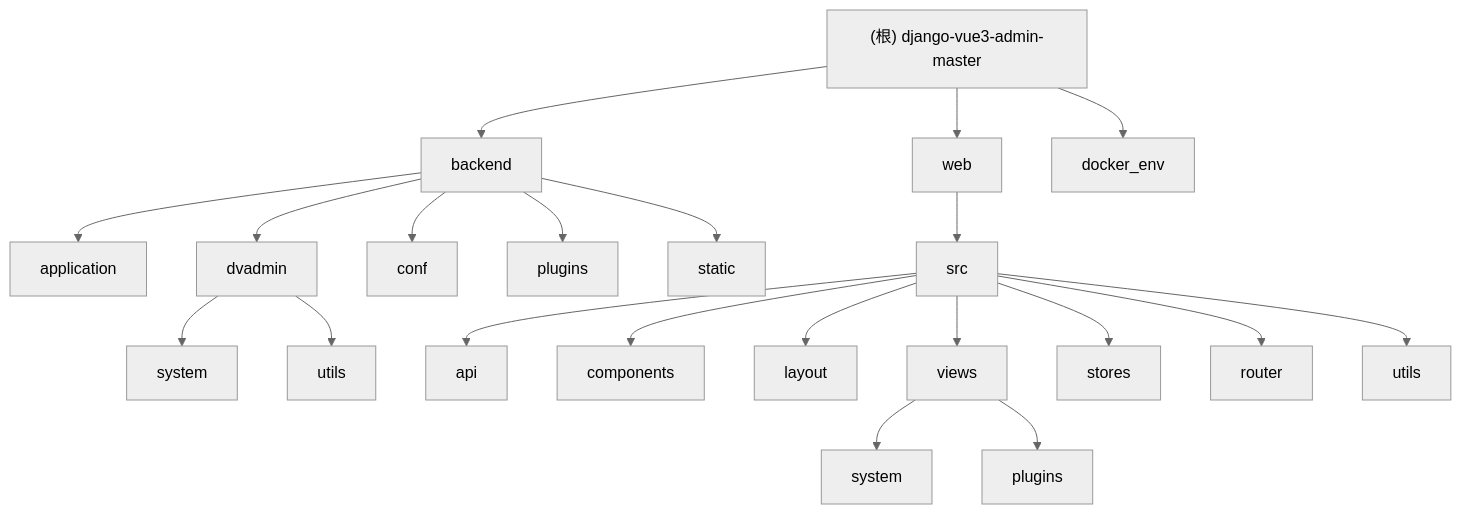
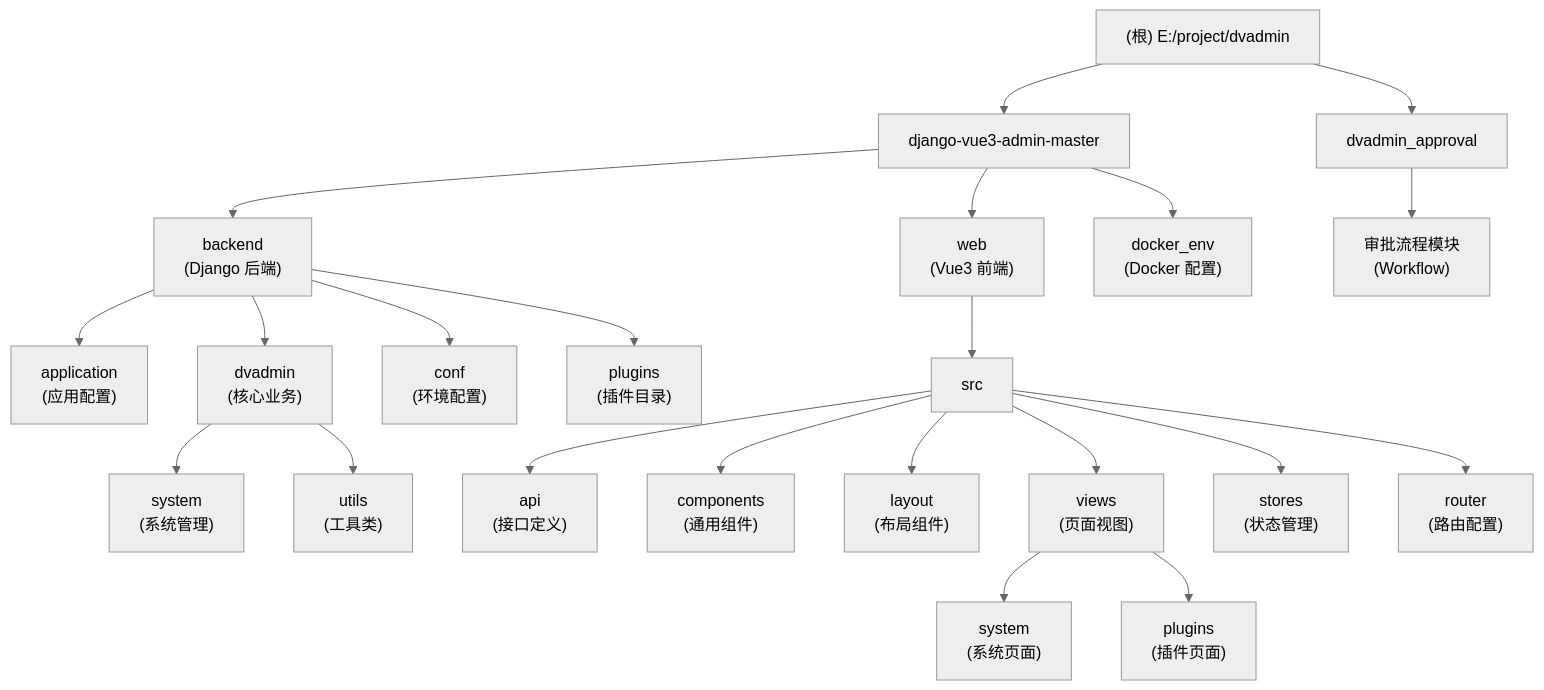
The diagram in django-vue3-admin-master/CLAUDE.md (jack571754/dvadmin), drawn with Mermaid (neutral theme) before and after one commit. The commit also changed other lines of this file and 19 other files, not shown here.

````diff
--- a/django-vue3-admin-master/CLAUDE.md
+++ b/django-vue3-admin-master/CLAUDE.md
@@ -58,32 +100,37 @@
 ```mermaid
 graph TD
-    A["(根) django-vue3-admin-master"] --> B["backend"];
-    A --> C["web"];
-    A --> D["docker_env"];
+    A["(根) E:/project/dvadmin"] --> B["django-vue3-admin-master"];
+    A --> C["dvadmin_approval"];
 
-    B --> E["application"];
-    B --> F["dvadmin"];
-    B --> G["conf"];
-    B --> H["plugins"];
-    B --> I["static"];
+    B --> D["backend<br/>(Django 后端)"];
+    B --> E["web<br/>(Vue3 前端)"];
+    B --> F["docker_env<br/>(Docker 配置)"];
 
-    F --> J["system"];
-    F --> K["utils"];
+    D --> G["application<br/>(应用配置)"];
+    D --> H["dvadmin<br/>(核心业务)"];
+    D --> I["conf<br/>(环境配置)"];
+    D --> J["plugins<br/>(插件目录)"];
 
-    C --> L["src"];
-    L --> M["api"];
-    L --> N["components"];
-    L --> O["layout"];
-    L --> P["views"];
-    L --> Q["stores"];
-    L --> R["router"];
-    L --> S["utils"];
+    H --> K["system<br/>(系统管理)"];
+    H --> L["utils<br/>(工具类)"];
 
-    P --> T["system"];
-    P --> U["plugins"];
+    E --> M["src"];
+    M --> N["api<br/>(接口定义)"];
+    M --> O["components<br/>(通用组件)"];
+    M --> P["layout<br/>(布局组件)"];
+    M --> Q["views<br/>(页面视图)"];
+    M --> R["stores<br/>(状态管理)"];
+    M --> S["router<br/>(路由配置)"];
 
-    click B "./backend/CLAUDE.md" "查看 backend 模块文档"
-    click C "./web/CLAUDE.md" "查看 web 模块文档"
-    click J "./backend/dvadmin/system/CLAUDE.md" "查看 system 模块文档"
-    click K "./backend/dvadmin/utils/CLAUDE.md" "查看 utils 模块文档"
+    Q --> T["system<br/>(系统页面)"];
+    Q --> U["plugins<br/>(插件页面)"];
+
+    C --> V["审批流程模块<br/>(Workflow)"];
+
+    click D "./django-vue3-admin-master/backend/CLAUDE.md" "查看 backend 模块文档"
+    click E "./django-vue3-admin-master/web/CLAUDE.md" "查看 web 模块文档"
+    click C "./dvadmin_approval/CLAUDE.md" "查看 dvadmin_approval 模块文档"
+    click H "./django-vue3-admin-master/backend/dvadmin/CLAUDE.md" "查看 dvadmin 核心模块"
+    click K "./django-vue3-admin-master/backend/dvadmin/system/CLAUDE.md" "查看 system 模块文档"
+    click L "./django-vue3-admin-master/backend/dvadmin/utils/CLAUDE.md" "查看 utils 模块文档"
 ```
````
